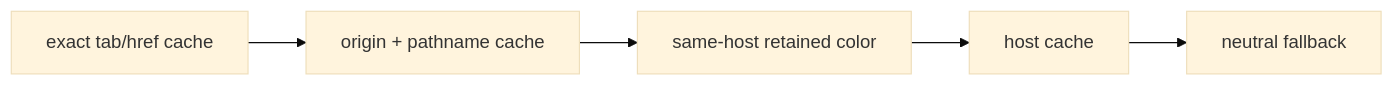
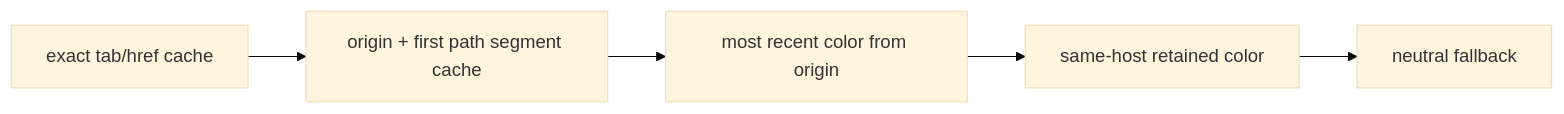
The third of 3 diagrams in docs/color-architecture.md (kkugot/blended-addressbar), drawn with Mermaid (base theme) before and after one commit. The commit also changed other lines of this file and 6 other files, not shown here.

````diff
--- a/docs/color-architecture.md
+++ b/docs/color-architecture.md
@@ -129,4 +129,4 @@
 ```mermaid
 flowchart LR
-  Exact["exact tab/href cache"] --> Page["origin + pathname cache"] --> SameHost["same-host retained color"] --> Host["host cache"] --> Neutral["neutral fallback"]
+  Exact["exact tab/href cache"] --> Page["origin + first path segment cache"] --> Origin["most recent color from origin"] --> SameHost["same-host retained color"] --> Neutral["neutral fallback"]
 ```
````
